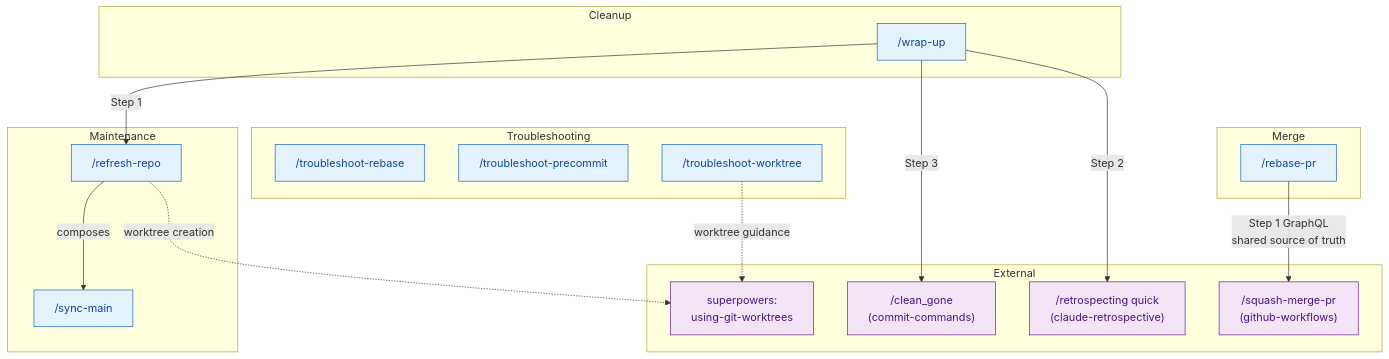
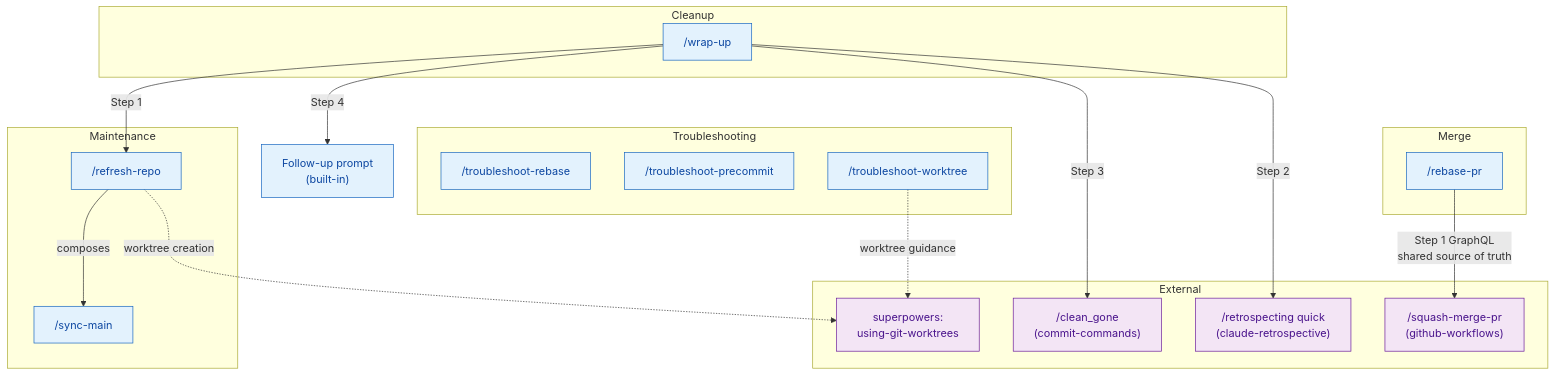
One commit to JacobPEvans/claude-code-plugins changed the first of 4 diagrams in git-workflows/ARCHITECTURE.md. Above: the diagram before and after it, drawn with Mermaid. The commit also changed other lines of this file and 1 other file, not shown here.

First line of the commit message:
feat(wrap-up): add follow-up session prompt generation

````diff
--- a/git-workflows/ARCHITECTURE.md
+++ b/git-workflows/ARCHITECTURE.md
@@ -9,44 +9,45 @@
 ```mermaid
 flowchart TD
     classDef ai fill:#e3f2fd,stroke:#1565c0,color:#0d47a1
     classDef external fill:#f3e5f5,stroke:#6a1b9a,color:#4a148c
 
     subgraph maintenance["Maintenance"]
         sync_main["/sync-main"]
         refresh_repo["/refresh-repo"]
     end
 
     subgraph merge["Merge"]
         rebase_pr["/rebase-pr"]
     end
 
     subgraph troubleshooting["Troubleshooting"]
         ts_rebase["/troubleshoot-rebase"]
         ts_precommit["/troubleshoot-precommit"]
         ts_worktree["/troubleshoot-worktree"]
     end
 
     subgraph cleanup["Cleanup"]
         wrap_up["/wrap-up"]
     end
 
     subgraph external_deps["External"]
         superpowers["superpowers:\nusing-git-worktrees"]:::external
         clean_gone["/clean_gone\n(commit-commands)"]:::external
         retrospecting["/retrospecting quick\n(claude-retrospective)"]:::external
         squash_merge["/squash-merge-pr\n(github-workflows)"]:::external
     end
 
     refresh_repo -->|"composes"| sync_main
 
     wrap_up -->|"Step 1"| refresh_repo
     wrap_up -->|"Step 2"| retrospecting
     wrap_up -->|"Step 3"| clean_gone
+    wrap_up -->|"Step 4"| follow_up["Follow-up prompt\n(built-in)"]:::ai
 
     rebase_pr -->|"Step 1 GraphQL\nshared source of truth"| squash_merge
 
     refresh_repo -.->|"worktree creation"| superpowers
     ts_worktree -.->|"worktree guidance"| superpowers
 
     class sync_main,refresh_repo,rebase_pr,ts_rebase,ts_precommit,ts_worktree,wrap_up ai
 ```
````
